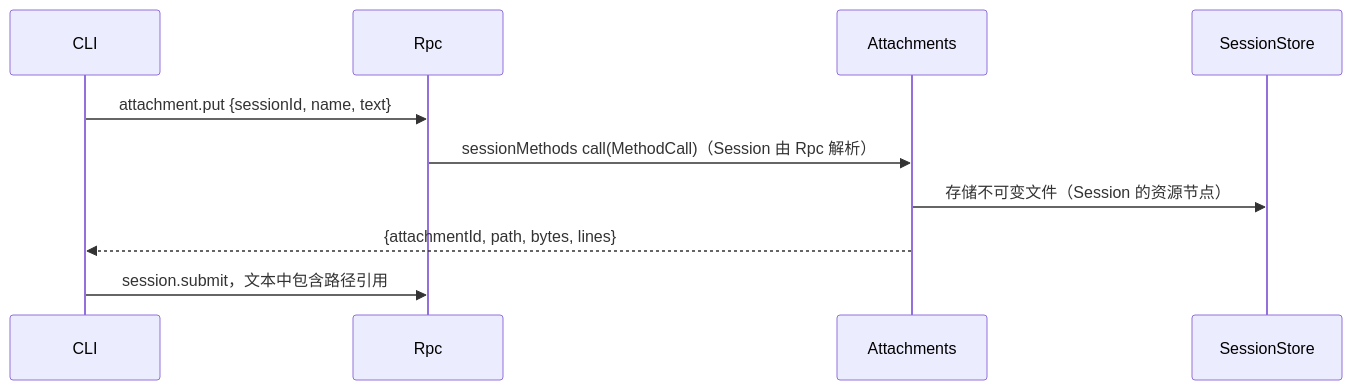
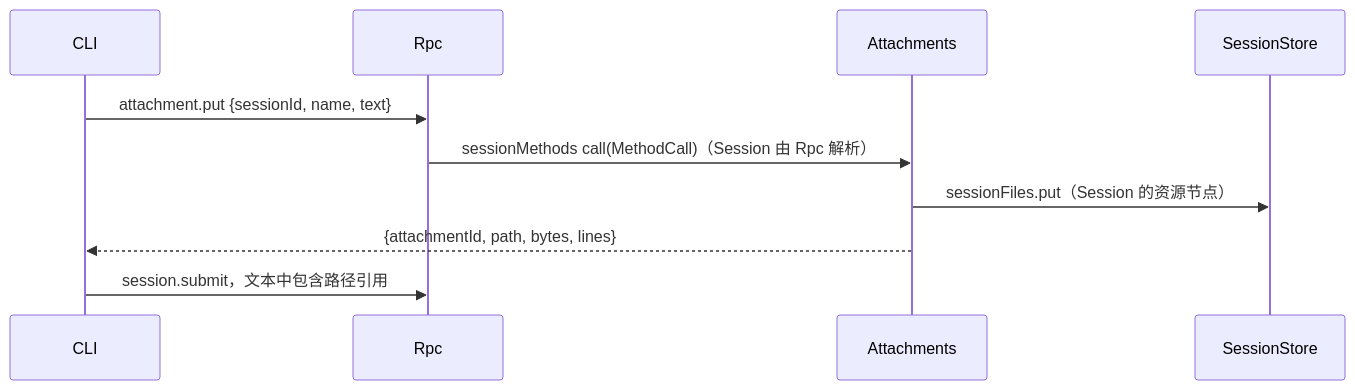
Before and after one commit to CoutinhoTTS/dim-agent: the fourth of 4 diagrams in docs/zh/design/plugins/Attachments.md, drawn with Mermaid. The commit also changed other lines of this file and 7 other files, not shown here.

````diff
--- a/docs/zh/design/plugins/Attachments.md
+++ b/docs/zh/design/plugins/Attachments.md
@@ -87,12 +87,12 @@
 ```mermaid
 sequenceDiagram
   participant C as CLI
   participant R as Rpc
   participant A as Attachments
   participant SS as SessionStore
   C->>R: attachment.put {sessionId, name, text}
   R->>A: sessionMethods call(MethodCall)（Session 由 Rpc 解析）
-  A->>SS: 存储不可变文件（Session 的资源节点）
+  A->>SS: sessionFiles.put（Session 的资源节点）
   A-->>C: {attachmentId, path, bytes, lines}
   C->>R: session.submit，文本中包含路径引用
 ```
````
